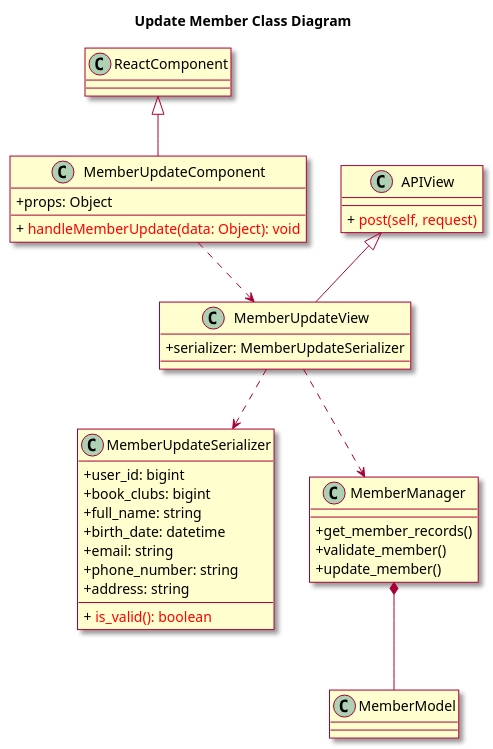
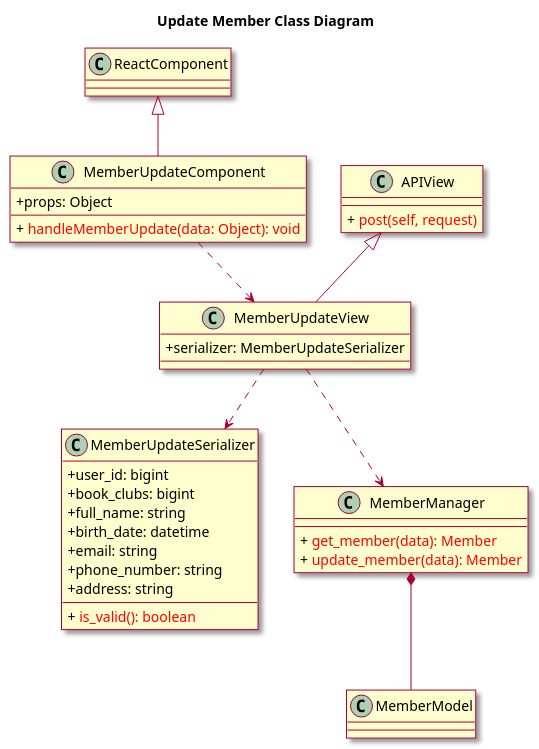
Before and after one commit to ljttl3q04t/Book-Over-There: the diagram in uml/024-class-update-member.wsd, drawn with PlantUML. The commit also changed 5 other files, not shown here.

```diff
--- a/uml/024-class-update-member.wsd
+++ b/uml/024-class-update-member.wsd
@@ -1,48 +1,47 @@
 @startuml
 skin rose
 skinparam classAttributeIconSize 0
 
 title Update Member Class Diagram
 class ReactComponent
 
 class MemberUpdateComponent {
 	+ props: Object
 	+ {method} <color:red> handleMemberUpdate(data: Object): void
 }
 
 class MemberUpdateView {
 	+ serializer: MemberUpdateSerializer
 }
 
 class APIView {
 	+ {method} <color:red> post(self, request)
 }
 
 class MemberUpdateSerializer {
 	+ user_id: bigint
     + book_clubs: bigint
     + full_name: string
     + birth_date: datetime 
     + email: string
     + phone_number: string
     + address: string
 	+ {method} <color:red> is_valid(): boolean
 }
 
 class MemberManager {
-  + get_member_records()
-  + validate_member()
-  + update_member()
+  +  {method} <color:red> get_member(data): Member
+  +  {method} <color:red> update_member(data): Member
 }
 
 class MemberModel {
 }
 
 ReactComponent <|-- MemberUpdateComponent
 APIView <|-- MemberUpdateView
 MemberUpdateComponent ..> MemberUpdateView
 MemberUpdateView ..> MemberUpdateSerializer
 MemberUpdateView ..> MemberManager
 MemberManager *-- MemberModel
 
 @enduml
```
